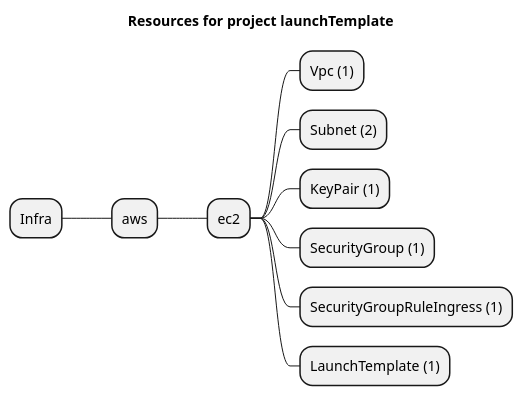
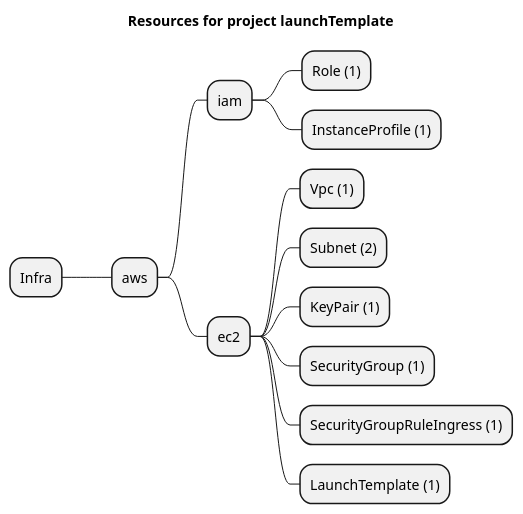
Before and after one commit to grucloud/grucloud: the diagram in examples/aws/ec2/launchTemplate/artifacts/resources-mindmap.puml, drawn with PlantUML. The commit also changed 165 other files, not shown here.

```diff
--- a/examples/aws/ec2/launchTemplate/artifacts/resources-mindmap.puml
+++ b/examples/aws/ec2/launchTemplate/artifacts/resources-mindmap.puml
@@ -1,13 +1,16 @@
 @startmindmap
 title Resources for project launchTemplate
 skinparam monochrome true
 + Infra
 ++ aws
++++ iam
+++++ Role (1)
+++++ InstanceProfile (1)
 +++ ec2
 ++++ Vpc (1)
 ++++ Subnet (2)
 ++++ KeyPair (1)
 ++++ SecurityGroup (1)
 ++++ SecurityGroupRuleIngress (1)
 ++++ LaunchTemplate (1)
 @endmindmap
```
